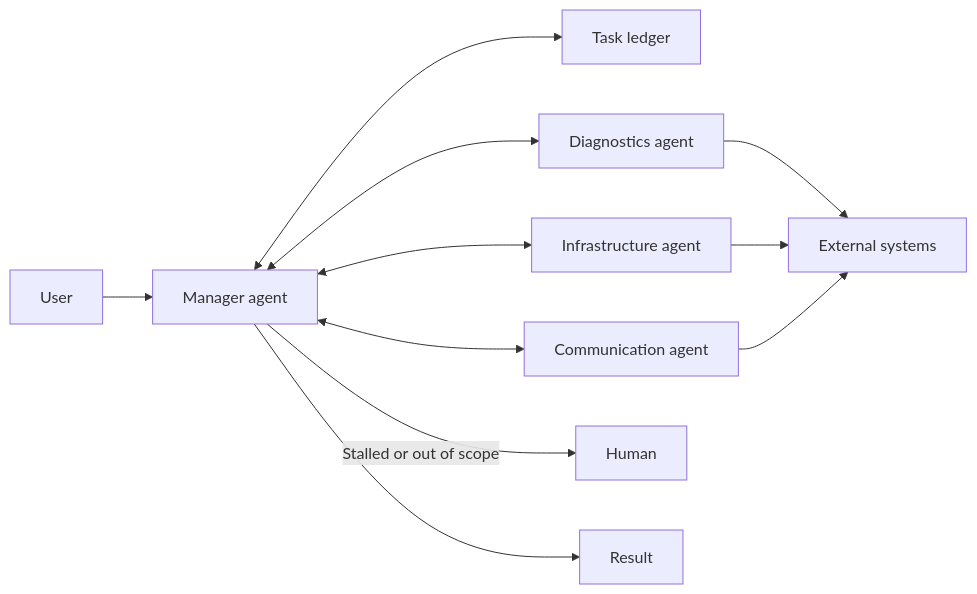
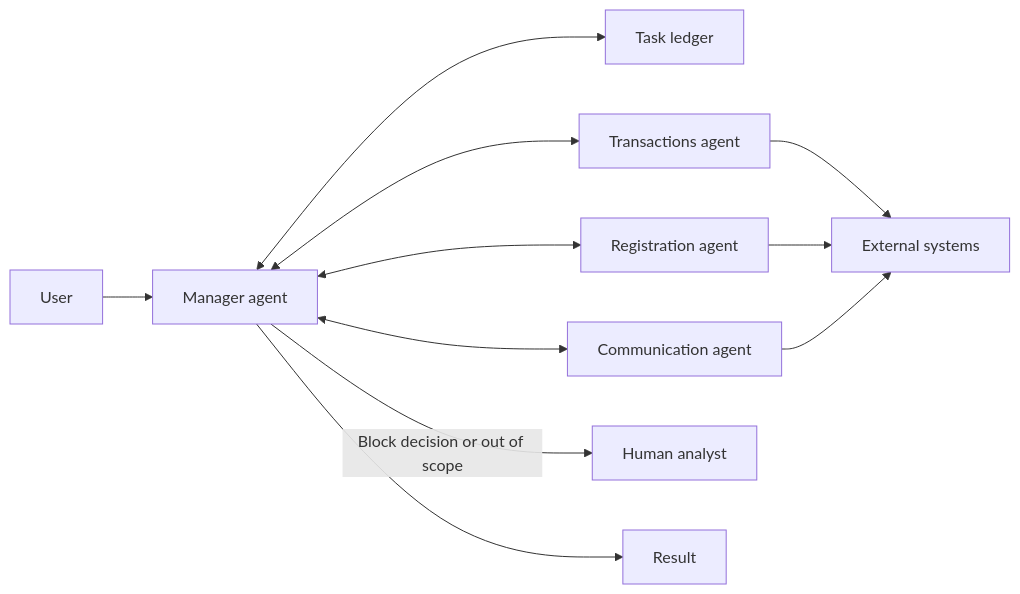
Before and after one commit to alancesar/design-patterns: the diagram in i18n/en/docusaurus-plugin-content-docs/current/ai/agent-patterns/dynamic-orchestration/magentic-orchestration.md, drawn with Mermaid. The commit also changed 13 other files, not shown here.

Commit message:
Switch agent-patterns concrete diagrams to fintech scenarios

````diff
--- a/i18n/en/docusaurus-plugin-content-docs/current/ai/agent-patterns/dynamic-orchestration/magentic-orchestration.md
+++ b/i18n/en/docusaurus-plugin-content-docs/current/ai/agent-patterns/dynamic-orchestration/magentic-orchestration.md
@@ -61,13 +61,13 @@
 ```mermaid
 flowchart LR
     U["User"] --> M["Manager agent"]
     M <--> L["Task ledger"]
-    M <--> A1["Diagnostics agent"]
-    M <--> A2["Infrastructure agent"]
+    M <--> A1["Transactions agent"]
+    M <--> A2["Registration agent"]
     M <--> A3["Communication agent"]
     A1 --> S["External systems"]
     A2 --> S
     A3 --> S
-    M -->|"Stalled or out of scope"| H["Human"]
+    M -->|"Block decision or out of scope"| H["Human analyst"]
     M --> R["Result"]
 ```
````
